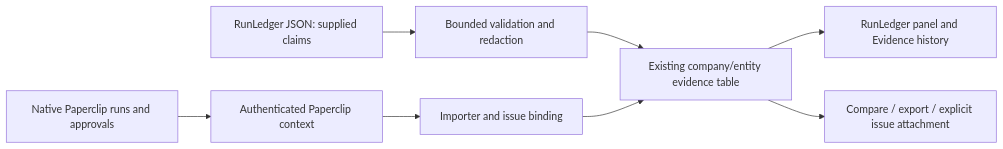
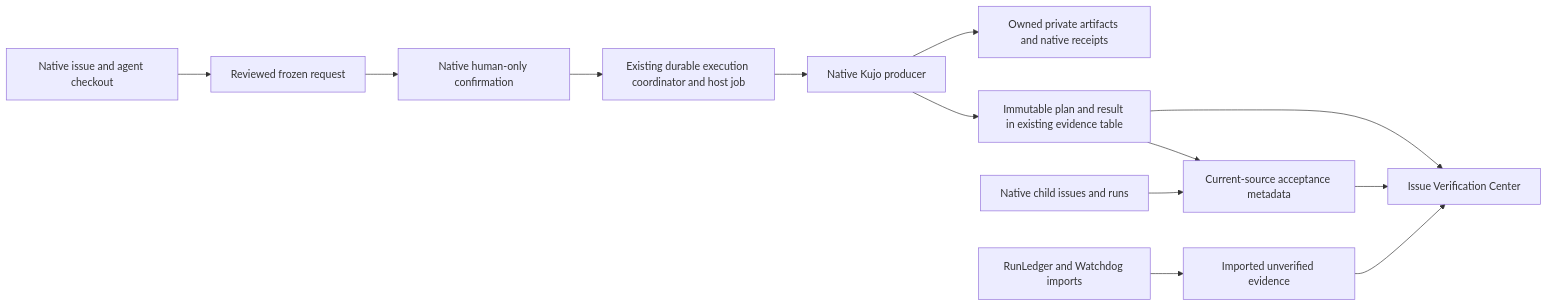
One commit to kujolang/paperclip changed the diagram in docs/ACCOUNTABILITY.md. Above: the diagram before and after it, drawn with Mermaid. The commit also changed other lines of this file and 9 other files, not shown here.

````diff
--- a/docs/ACCOUNTABILITY.md
+++ b/docs/ACCOUNTABILITY.md
@@ -111,10 +90,15 @@
 ```mermaid
 flowchart LR
-  R[RunLedger JSON: supplied claims] --> V[Bounded validation and redaction]
-  H[Authenticated Paperclip context] --> B[Importer and issue binding]
-  V --> E[Existing company/entity evidence table]
-  B --> E
-  E --> U[RunLedger panel and Evidence history]
-  E --> X[Compare / export / explicit issue attachment]
-  N[Native Paperclip runs and approvals] --> H
+  P[Native issue and agent checkout] --> R[Reviewed frozen request]
+  R --> A[Native human-only confirmation]
+  A --> J[Existing durable execution coordinator and host job]
+  J --> K[Native Kujo producer]
+  K --> E[Immutable plan and result in existing evidence table]
+  K --> F[Owned private artifacts and native receipts]
+  E --> V[Current-source acceptance metadata]
+  C[Native child issues and runs] --> V
+  I[RunLedger and Watchdog imports] --> U[Imported unverified evidence]
+  V --> UI[Issue Verification Center]
+  E --> UI
+  U --> UI
 ```
````
